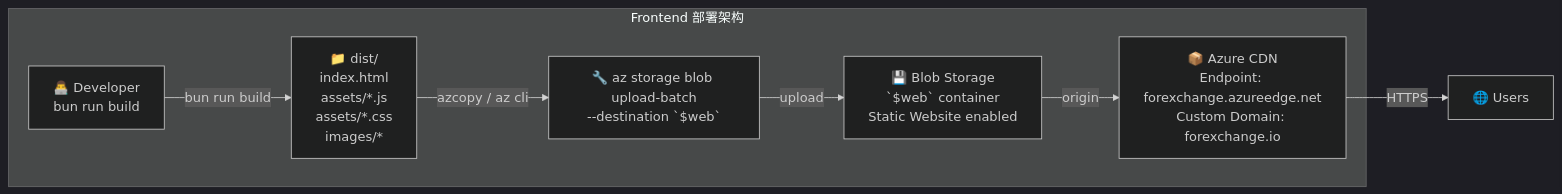
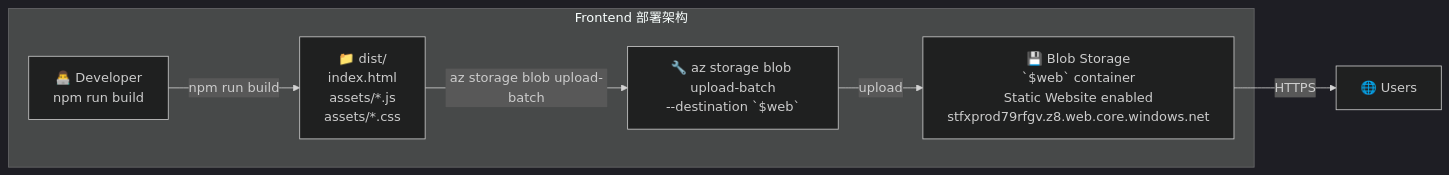
The fourth of 4 diagrams in documentation/Azure-Cloud-Architecture.md (miku-wwl/full-stack-fastapi-template), drawn with Mermaid (dark theme) before and after one commit. The commit also changed other lines of this file and 5 other files, not shown here.

````diff
--- a/documentation/Azure-Cloud-Architecture.md
+++ b/documentation/Azure-Cloud-Architecture.md
@@ -676,16 +609,14 @@
 ```mermaid
 graph LR
     subgraph "Frontend 部署架构"
-        DEV[👨‍💻 Developer<br/>bun run build]
-        DIST[📁 dist/<br/>index.html<br/>assets/*.js<br/>assets/*.css<br/>images/*]
+        DEV[👨‍💻 Developer<br/>npm run build]
+        DIST[📁 dist/<br/>index.html<br/>assets/*.js<br/>assets/*.css]
         AZCLI[🔧 az storage blob upload-batch<br/>--destination `$web`]
-        BLOB2[💾 Blob Storage<br/>`$web` container<br/>Static Website enabled]
-        CDN2[📦 Azure CDN<br/>Endpoint: forexchange.azureedge.net<br/>Custom Domain: forexchange.io]
+        BLOB2[💾 Blob Storage<br/>`$web` container<br/>Static Website enabled<br/>stfxprod79rfgv.z8.web.core.windows.net]
     end
 
-    DEV -->|bun run build| DIST
-    DIST -->|azcopy / az cli| AZCLI
+    DEV -->|npm run build| DIST
+    DIST -->|az storage blob upload-batch| AZCLI
     AZCLI -->|upload| BLOB2
-    BLOB2 -->|origin| CDN2
-    CDN2 -->|HTTPS| USERS[🌐 Users]
+    BLOB2 -->|HTTPS| USERS[🌐 Users]
 ```
````
